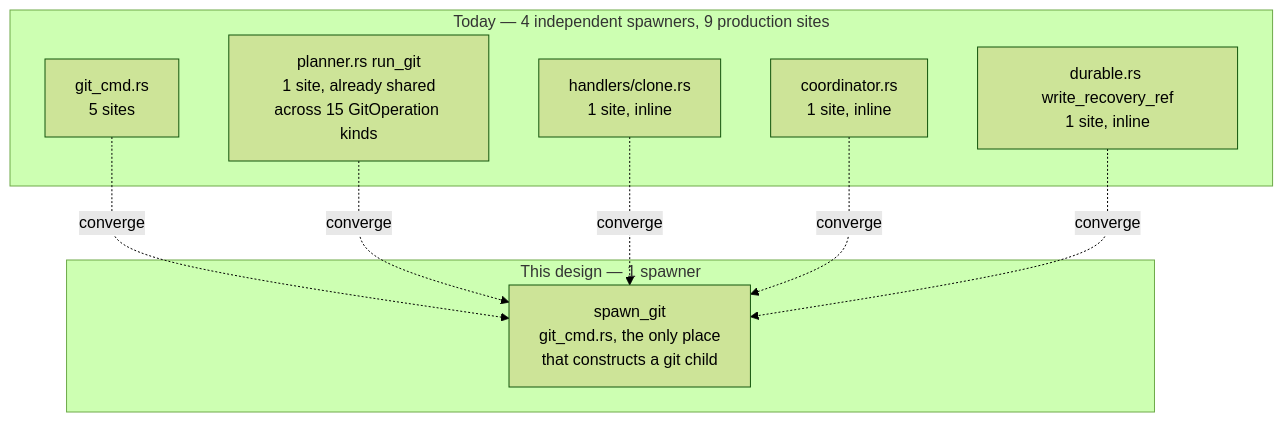
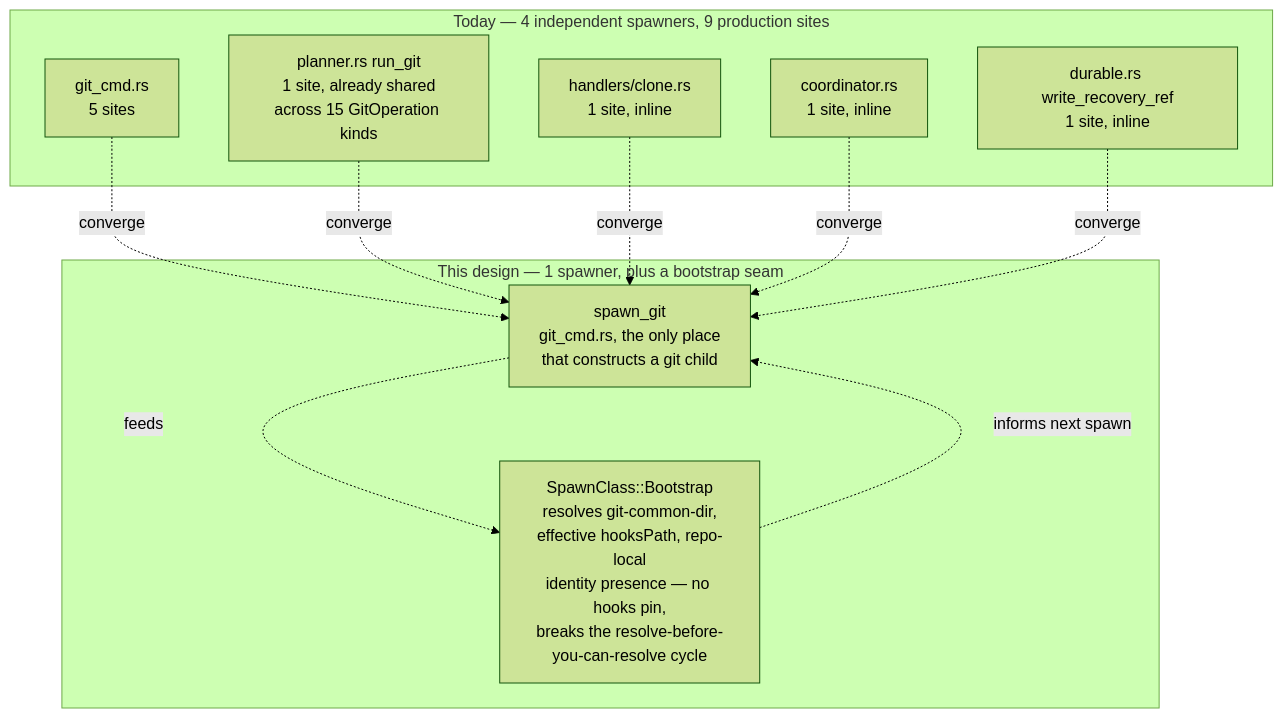
The first of 6 diagrams in docs/superpowers/specs/2026-07-27-m1.13-git-process-policy-design.md (tom2025b/git-vista), drawn with Mermaid (forest theme) before and after one commit. The commit also changed other lines of this file, not shown here.

Commit message:
wip(#66): design v2 — revision against round-1 refutation (not yet settled)

````diff
--- a/docs/superpowers/specs/2026-07-27-m1.13-git-process-policy-design.md
+++ b/docs/superpowers/specs/2026-07-27-m1.13-git-process-policy-design.md
@@ -49,18 +94,21 @@
 ```mermaid
 flowchart TD
     subgraph today["Today — 4 independent spawners, 9 production sites"]
         GC["git_cmd.rs<br/>5 sites"]
         PL["planner.rs run_git<br/>1 site, already shared<br/>across 15 GitOperation kinds"]
         CL["handlers/clone.rs<br/>1 site, inline"]
         CO["coordinator.rs<br/>1 site, inline"]
         DU["durable.rs write_recovery_ref<br/>1 site, inline"]
     end
-    subgraph after["This design — 1 spawner"]
+    subgraph after["This design — 1 spawner, plus a bootstrap seam"]
         SP["spawn_git<br/>git_cmd.rs, the only place<br/>that constructs a git child"]
+        BS["SpawnClass::Bootstrap<br/>resolves git-common-dir,<br/>effective hooksPath, repo-local<br/>identity presence — no hooks pin,<br/>breaks the resolve-before-you-can-resolve cycle"]
     end
     GC -.converge.-> SP
     PL -.converge.-> SP
     CL -.converge.-> SP
     CO -.converge.-> SP
     DU -.converge.-> SP
+    SP -.feeds.-> BS
+    BS -.informs next spawn.-> SP
 ```
````
